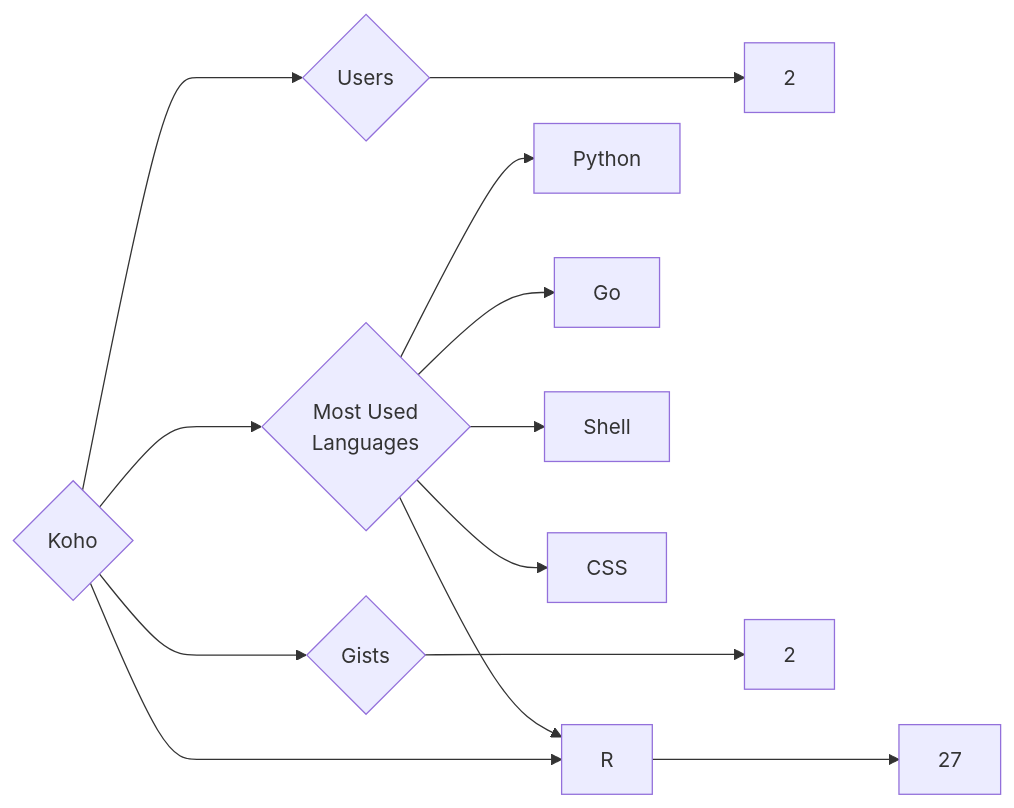
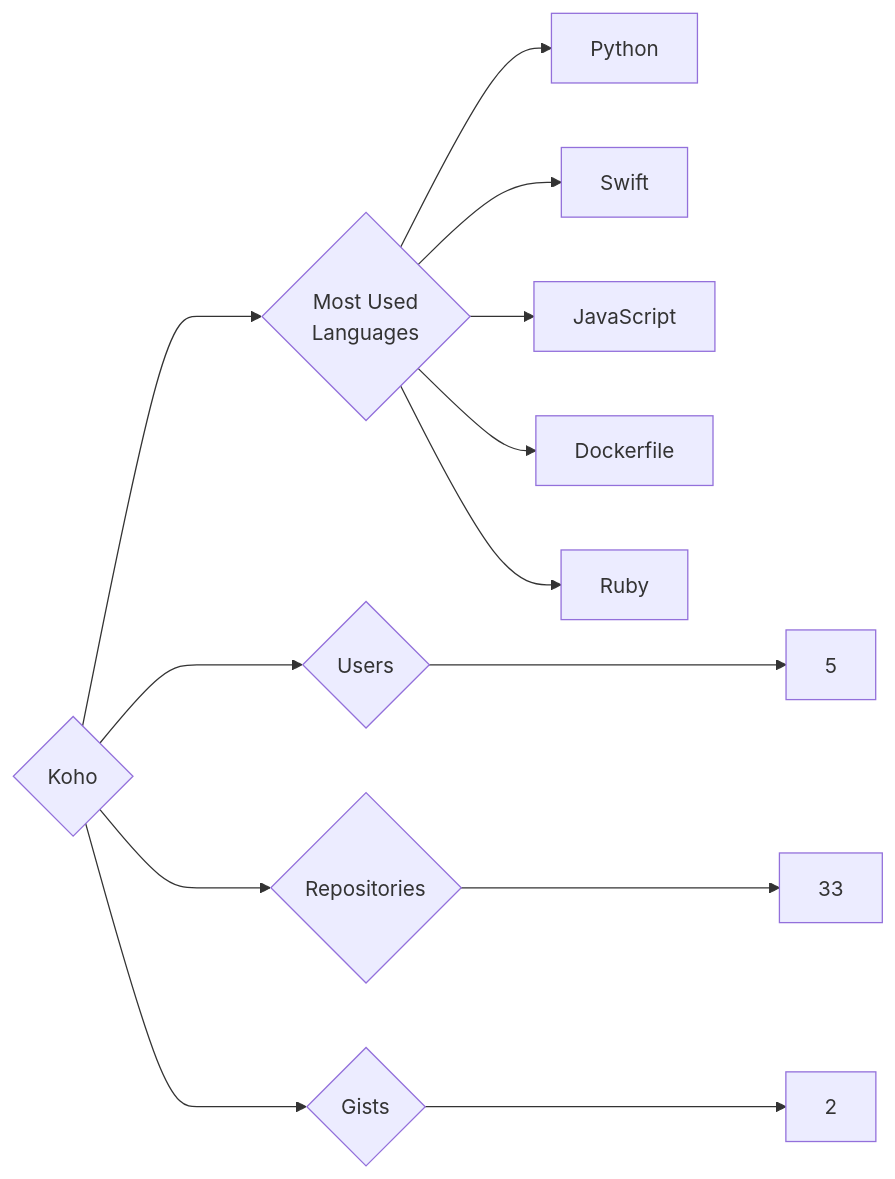
Before and after one commit to trickest/insiders: the diagram in targets/Koho/README.md, drawn with Mermaid. The commit also changed 681 other files, not shown here.

````diff
--- a/targets/Koho/README.md
+++ b/targets/Koho/README.md
@@ -3,13 +3,13 @@
 ```mermaid
 graph LR
 COMPANY_NAME{Koho}
-COMPANY_NAME ---> U{Users} ---> UN[2]
-COMPANY_NAME ---> R{Repositories} ---> RN[27]
+COMPANY_NAME ---> U{Users} ---> UN[5]
+COMPANY_NAME ---> R{Repositories} ---> RN[33]
 COMPANY_NAME ---> G{Gists} ---> GN[2]
 COMPANY_NAME ---> ML{Most Used<br>Languages}
 ML --> Python[Python]
-ML --> Go[Go]
-ML --> Shell[Shell]
-ML --> R[R]
-ML --> CSS[CSS]
+ML --> Swift[Swift]
+ML --> JavaScript[JavaScript]
+ML --> Dockerfile[Dockerfile]
+ML --> Ruby[Ruby]
 ```
````
